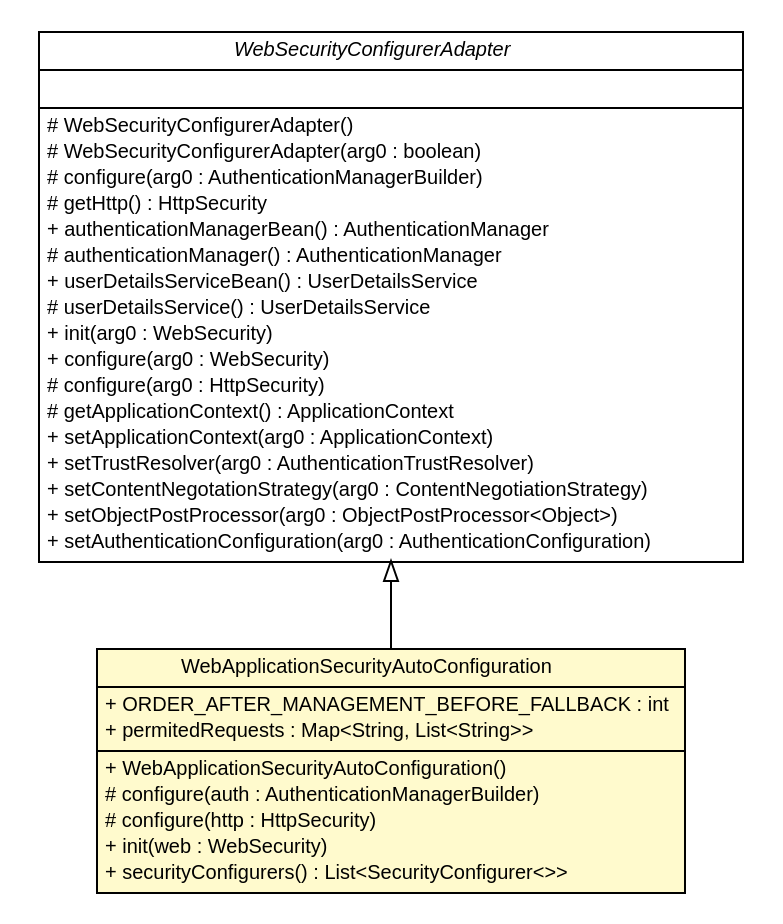
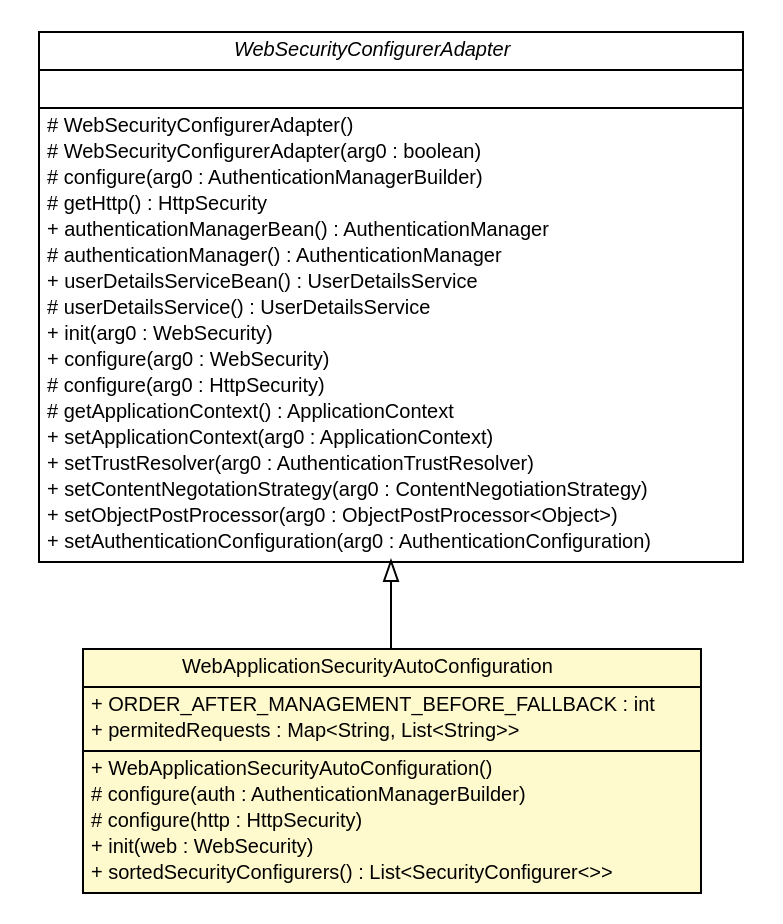
One commit to home1-oss/home1-oss changed the diagram in snapshot/oss-lib-security/oss-lib-security-spring-boot-1.5.6.RELEASE/apidocs/cn/home1/oss/lib/security/starter/WebApplicationSecurityAutoConfiguration.dot. Above: the diagram before and after it, drawn with Graphviz. The commit also changed 97 other files, not shown here.

```diff
--- a/snapshot/oss-lib-security/oss-lib-security-spring-boot-1.5.6.RELEASE/apidocs/cn/home1/oss/lib/security/starter/WebApplicationSecurityAutoConfiguration.dot
+++ b/snapshot/oss-lib-security/oss-lib-security-spring-boot-1.5.6.RELEASE/apidocs/cn/home1/oss/lib/security/starter/WebApplicationSecurityAutoConfiguration.dot
@@ -1,59 +1,59 @@
 #!/usr/local/bin/dot
 #
 # Class diagram 
 # Generated by UMLGraph version R5_6-24-gf6e263 (http://www.umlgraph.org/)
 #
 
 digraph G {
 	edge [fontname="Helvetica",fontsize=10,labelfontname="Helvetica",labelfontsize=10];
 	node [fontname="Helvetica",fontsize=10,shape=plaintext];
 	nodesep=0.25;
 	ranksep=0.5;
 	// cn.home1.oss.lib.security.starter.WebApplicationSecurityAutoConfiguration
 	c4773 [label=<<table title="cn.home1.oss.lib.security.starter.WebApplicationSecurityAutoConfiguration" border="0" cellborder="1" cellspacing="0" cellpadding="2" port="p" bgcolor="lemonChiffon" href="./WebApplicationSecurityAutoConfiguration.html">
 		<tr><td><table border="0" cellspacing="0" cellpadding="1">
 <tr><td align="center" balign="center"> WebApplicationSecurityAutoConfiguration </td></tr>
 		</table></td></tr>
 		<tr><td><table border="0" cellspacing="0" cellpadding="1">
 <tr><td align="left" balign="left"> + ORDER_AFTER_MANAGEMENT_BEFORE_FALLBACK : int </td></tr>
 <tr><td align="left" balign="left"> + permitedRequests : Map&lt;String, List&lt;String&gt;&gt; </td></tr>
 		</table></td></tr>
 		<tr><td><table border="0" cellspacing="0" cellpadding="1">
 <tr><td align="left" balign="left"> + WebApplicationSecurityAutoConfiguration() </td></tr>
 <tr><td align="left" balign="left"> # configure(auth : AuthenticationManagerBuilder) </td></tr>
 <tr><td align="left" balign="left"> # configure(http : HttpSecurity) </td></tr>
 <tr><td align="left" balign="left"> + init(web : WebSecurity) </td></tr>
-<tr><td align="left" balign="left"> + securityConfigurers() : List&lt;SecurityConfigurer&lt;&gt;&gt; </td></tr>
+<tr><td align="left" balign="left"> + sortedSecurityConfigurers() : List&lt;SecurityConfigurer&lt;&gt;&gt; </td></tr>
 		</table></td></tr>
 		</table>>, URL="./WebApplicationSecurityAutoConfiguration.html", fontname="Helvetica", fontcolor="black", fontsize=10.0];
 	//cn.home1.oss.lib.security.starter.WebApplicationSecurityAutoConfiguration extends org.springframework.security.config.annotation.web.configuration.WebSecurityConfigurerAdapter
 	c4832:p -> c4773:p [dir=back,arrowtail=empty];
 	// org.springframework.security.config.annotation.web.configuration.WebSecurityConfigurerAdapter
 	c4832 [label=<<table title="org.springframework.security.config.annotation.web.configuration.WebSecurityConfigurerAdapter" border="0" cellborder="1" cellspacing="0" cellpadding="2" port="p" href="http://java.sun.com/j2se/1.4.2/docs/api/org/springframework/security/config/annotation/web/configuration/WebSecurityConfigurerAdapter.html">
 		<tr><td><table border="0" cellspacing="0" cellpadding="1">
 <tr><td align="center" balign="center"><font face="Helvetica-Oblique"> WebSecurityConfigurerAdapter </font></td></tr>
 		</table></td></tr>
 		<tr><td><table border="0" cellspacing="0" cellpadding="1">
 <tr><td align="left" balign="left">  </td></tr>
 		</table></td></tr>
 		<tr><td><table border="0" cellspacing="0" cellpadding="1">
 <tr><td align="left" balign="left"> # WebSecurityConfigurerAdapter() </td></tr>
 <tr><td align="left" balign="left"> # WebSecurityConfigurerAdapter(arg0 : boolean) </td></tr>
 <tr><td align="left" balign="left"> # configure(arg0 : AuthenticationManagerBuilder) </td></tr>
 <tr><td align="left" balign="left"> # getHttp() : HttpSecurity </td></tr>
 <tr><td align="left" balign="left"> + authenticationManagerBean() : AuthenticationManager </td></tr>
 <tr><td align="left" balign="left"> # authenticationManager() : AuthenticationManager </td></tr>
 <tr><td align="left" balign="left"> + userDetailsServiceBean() : UserDetailsService </td></tr>
 <tr><td align="left" balign="left"> # userDetailsService() : UserDetailsService </td></tr>
 <tr><td align="left" balign="left"> + init(arg0 : WebSecurity) </td></tr>
 <tr><td align="left" balign="left"> + configure(arg0 : WebSecurity) </td></tr>
 <tr><td align="left" balign="left"> # configure(arg0 : HttpSecurity) </td></tr>
 <tr><td align="left" balign="left"> # getApplicationContext() : ApplicationContext </td></tr>
 <tr><td align="left" balign="left"> + setApplicationContext(arg0 : ApplicationContext) </td></tr>
 <tr><td align="left" balign="left"> + setTrustResolver(arg0 : AuthenticationTrustResolver) </td></tr>
 <tr><td align="left" balign="left"> + setContentNegotationStrategy(arg0 : ContentNegotiationStrategy) </td></tr>
 <tr><td align="left" balign="left"> + setObjectPostProcessor(arg0 : ObjectPostProcessor&lt;Object&gt;) </td></tr>
 <tr><td align="left" balign="left"> + setAuthenticationConfiguration(arg0 : AuthenticationConfiguration) </td></tr>
 		</table></td></tr>
 		</table>>, URL="http://java.sun.com/j2se/1.4.2/docs/api/org/springframework/security/config/annotation/web/configuration/WebSecurityConfigurerAdapter.html", fontname="Helvetica", fontcolor="black", fontsize=10.0];
 }
```
